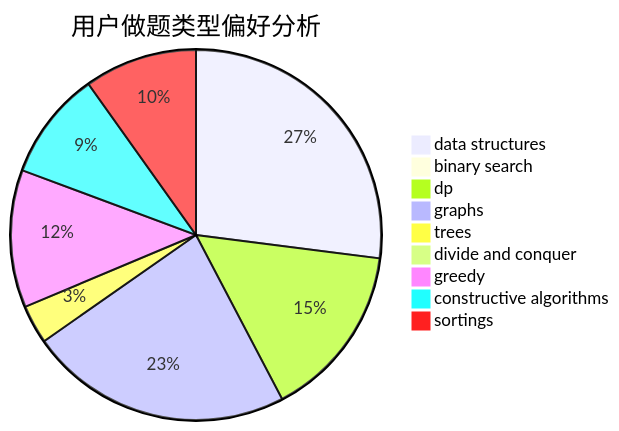
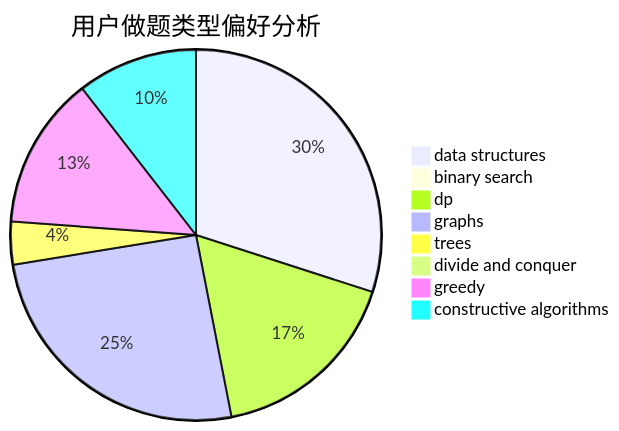
One commit to sherpahu/cfrs.github.io changed the second of 3 diagrams in docs/user/u87.md. Above: the diagram before and after it, drawn with Mermaid. The commit also changed other lines of this file and 2769 other files, not shown here.

````diff
--- a/docs/user/u87.md
+++ b/docs/user/u87.md
@@ -18,12 +18,11 @@
 ```mermaid
 pie title 用户做题类型偏好分析
     "data structures" :  288
     "binary search" :  5
     "dp" :  163
     "graphs" :  245
     "trees" :  36
     "divide and conquer" :  6
     "greedy" :  128
     "constructive algorithms" :  101
-    "sortings" :  105
 ```
````
